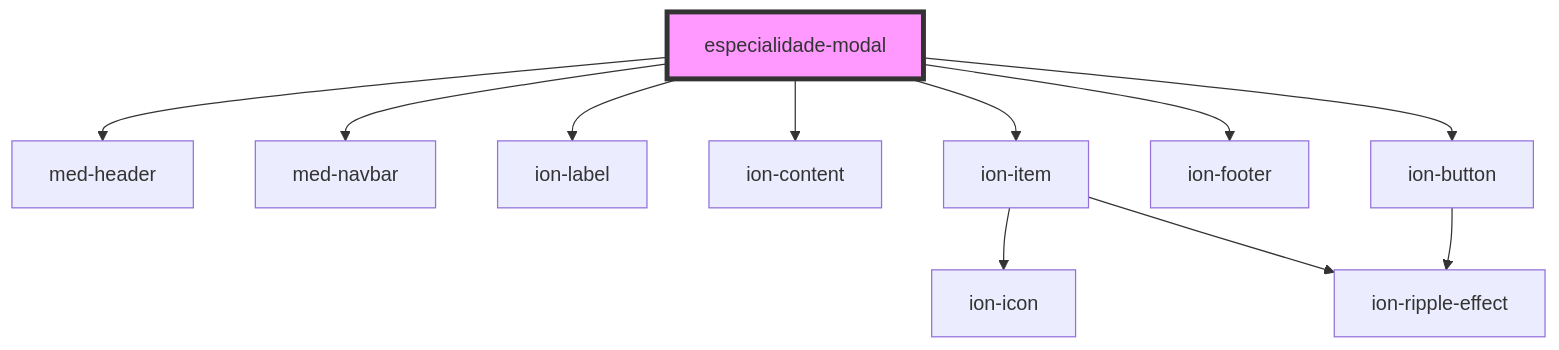
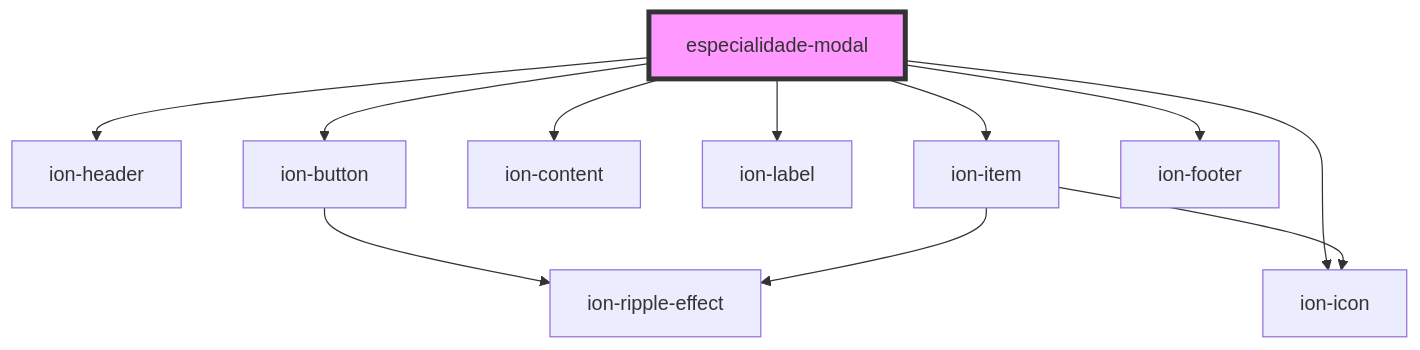
One commit to MEDGRUPOGIT/ionic-framework-1 changed the diagram in core/src/components/@templarios/ionic-1-migracao/simulados/especialidade-modal/readme.md. Above: the diagram before and after it, drawn with Mermaid. The commit also changed other lines of this file and 8 other files, not shown here.

Commit message:
migração simulados modal unidades e especialidade

````diff
--- a/core/src/components/@templarios/ionic-1-migracao/simulados/especialidade-modal/readme.md
+++ b/core/src/components/@templarios/ionic-1-migracao/simulados/especialidade-modal/readme.md
@@ -21,14 +21,14 @@
 ```mermaid
 graph TD;
-  especialidade-modal --> med-header
-  especialidade-modal --> med-navbar
+  especialidade-modal --> ion-header
+  especialidade-modal --> ion-button
+  especialidade-modal --> ion-icon
+  especialidade-modal --> ion-content
   especialidade-modal --> ion-label
-  especialidade-modal --> ion-content
   especialidade-modal --> ion-item
   especialidade-modal --> ion-footer
-  especialidade-modal --> ion-button
+  ion-button --> ion-ripple-effect
   ion-item --> ion-icon
   ion-item --> ion-ripple-effect
-  ion-button --> ion-ripple-effect
   style especialidade-modal fill:#f9f,stroke:#333,stroke-width:4px
 ```
````
